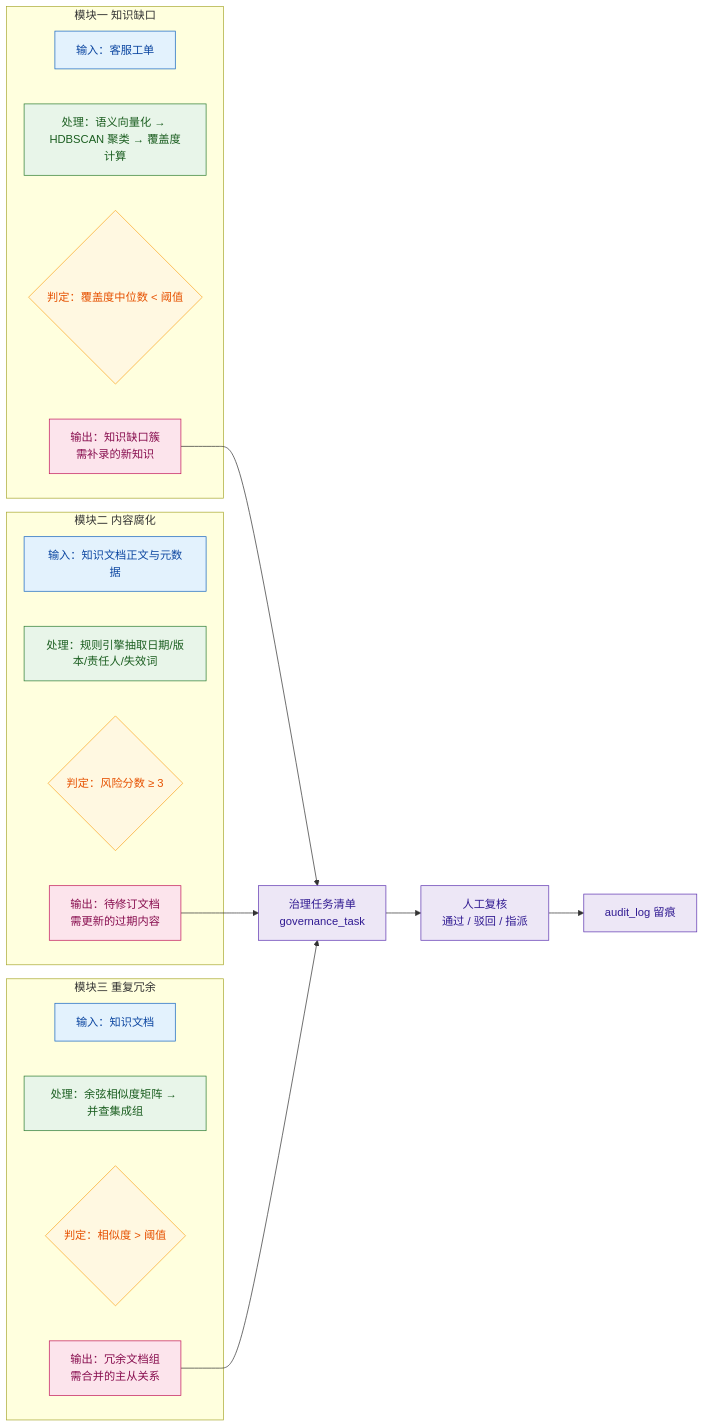
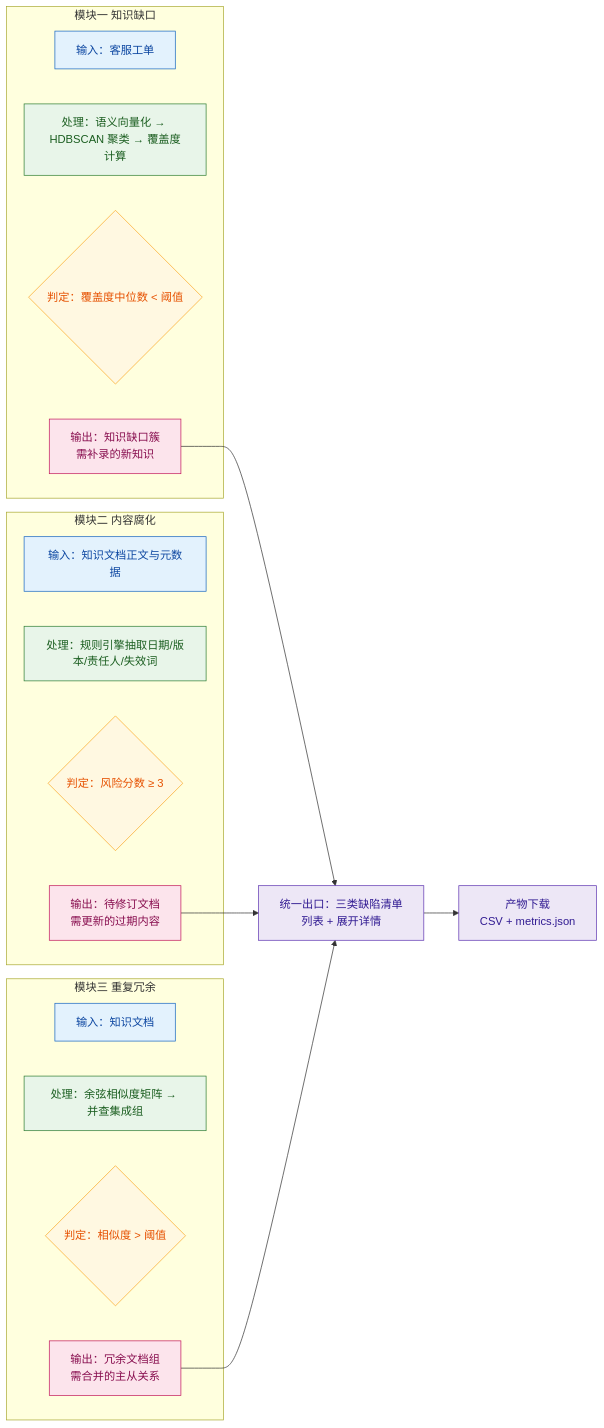
Before and after one commit to meisijiya/kb-quality-governance: the diagram in poc/kbgovernance/figures/04-三模块处理流程对比.md, drawn with Mermaid. The commit also changed other lines of this file and 36 other files, not shown here.

````diff
--- a/poc/kbgovernance/figures/04-三模块处理流程对比.md
+++ b/poc/kbgovernance/figures/04-三模块处理流程对比.md
@@ -5,39 +7,37 @@
 ```mermaid
 flowchart LR
   subgraph M1["模块一 知识缺口"]
     I1["输入：客服工单"]:::a
     P1["处理：语义向量化 → HDBSCAN 聚类 → 覆盖度计算"]:::b
     J1{"判定：覆盖度中位数 < 阈值"}:::c
     O1["输出：知识缺口簇<br/>需补录的新知识"]:::d
   end
 
   subgraph M2["模块二 内容腐化"]
     I2["输入：知识文档正文与元数据"]:::a
     P2["处理：规则引擎抽取日期/版本/责任人/失效词"]:::b
     J2{"判定：风险分数 ≥ 3"}:::c
     O2["输出：待修订文档<br/>需更新的过期内容"]:::d
   end
 
   subgraph M3["模块三 重复冗余"]
     I3["输入：知识文档"]:::a
     P3["处理：余弦相似度矩阵 → 并查集成组"]:::b
     J3{"判定：相似度 > 阈值"}:::c
     O3["输出：冗余文档组<br/>需合并的主从关系"]:::d
   end
 
-  MERGE["治理任务清单<br/>governance_task"]:::e
-  REVIEW["人工复核<br/>通过 / 驳回 / 指派"]:::e
-  LOG["audit_log 留痕"]:::e
+  LIST["统一出口：三类缺陷清单<br/>列表 + 展开详情"]:::e
+  DL["产物下载<br/>CSV + metrics.json"]:::e
 
-  O1 --> MERGE
-  O2 --> MERGE
-  O3 --> MERGE
-  MERGE --> REVIEW
-  REVIEW --> LOG
+  O1 --> LIST
+  O2 --> LIST
+  O3 --> LIST
+  LIST --> DL
 
   classDef a fill:#e3f2fd,stroke:#1565c0,color:#0d47a1
   classDef b fill:#e8f5e9,stroke:#2e7d32,color:#1b5e20
   classDef c fill:#fff8e1,stroke:#f9a825,color:#e65100
   classDef d fill:#fce4ec,stroke:#c2185b,color:#880e4f
   classDef e fill:#ede7f6,stroke:#5e35b1,color:#311b92
 ```
````
